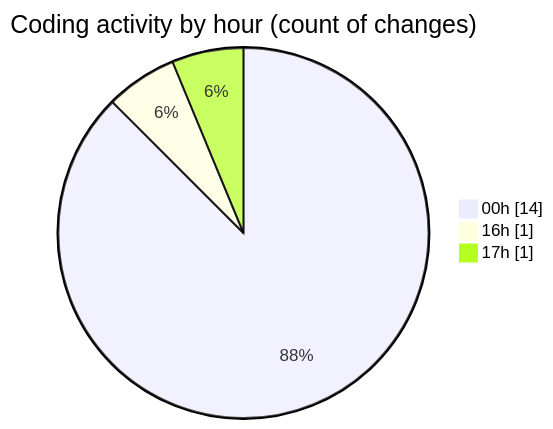
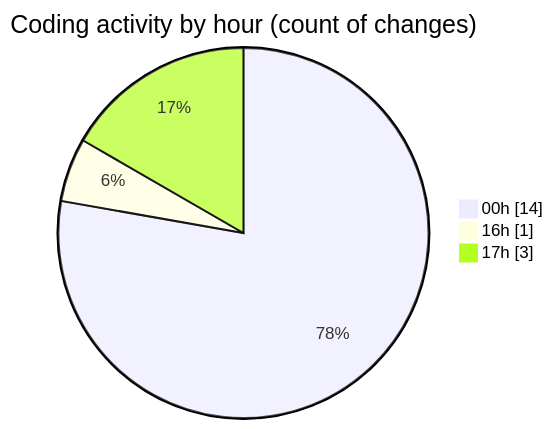
Before and after one commit to Elitesun/code-tracking: the second of 2 diagrams in 2025-03-09/elitesgpt/README.md, drawn with Mermaid. The commit also changed other lines of this file and 1 other file, not shown here.

````diff
--- a/2025-03-09/elitesgpt/README.md
+++ b/2025-03-09/elitesgpt/README.md
@@ -37,7 +37,7 @@
 ```mermaid
 pie showData
 title Coding activity by hour (count of changes)
 "00h" : 14
 "16h" : 1
-"17h" : 1
+"17h" : 3
 ```
````
